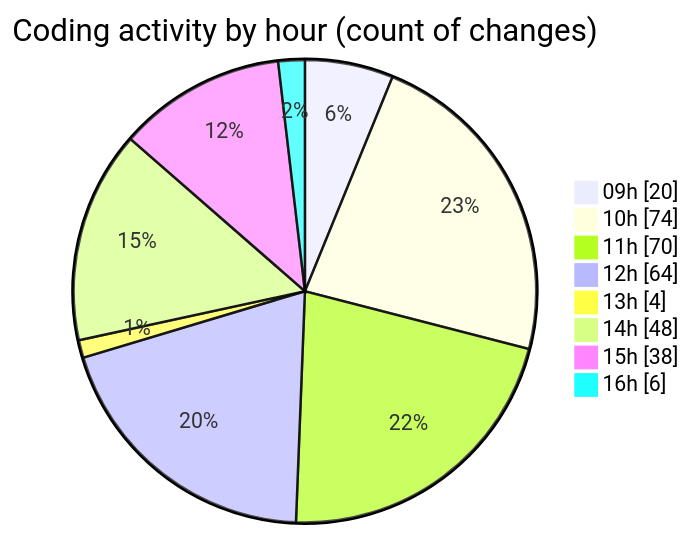
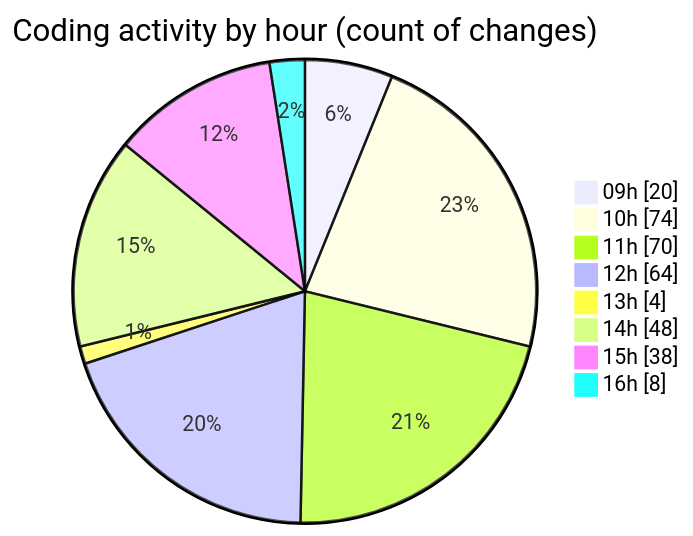
One commit to CELIANVF/code-tracking changed the second of 2 diagrams in 2025-06-06/ecodeli-1/README.md. Above: the diagram before and after it, drawn with Mermaid. The commit also changed other lines of this file and 1 other file, not shown here.

````diff
--- a/2025-06-06/ecodeli-1/README.md
+++ b/2025-06-06/ecodeli-1/README.md
@@ -112,12 +113,12 @@
 ```mermaid
 pie showData
 title Coding activity by hour (count of changes)
 "09h" : 20
 "10h" : 74
 "11h" : 70
 "12h" : 64
 "13h" : 4
 "14h" : 48
 "15h" : 38
-"16h" : 6
+"16h" : 8
 ```
````
